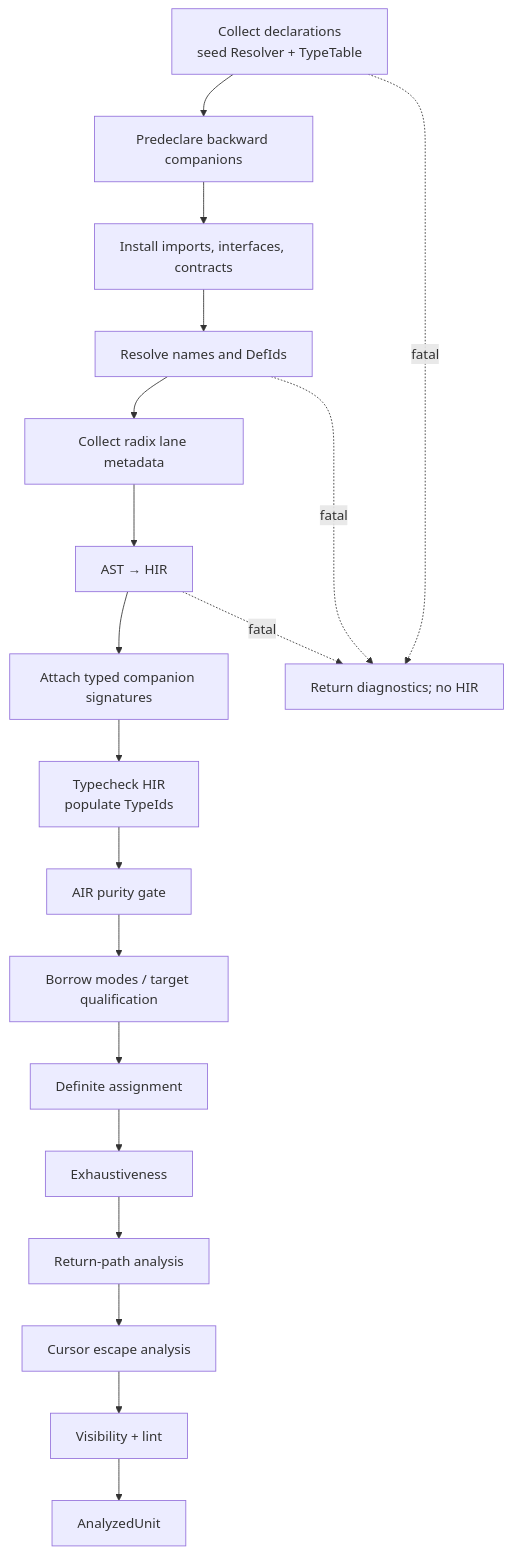
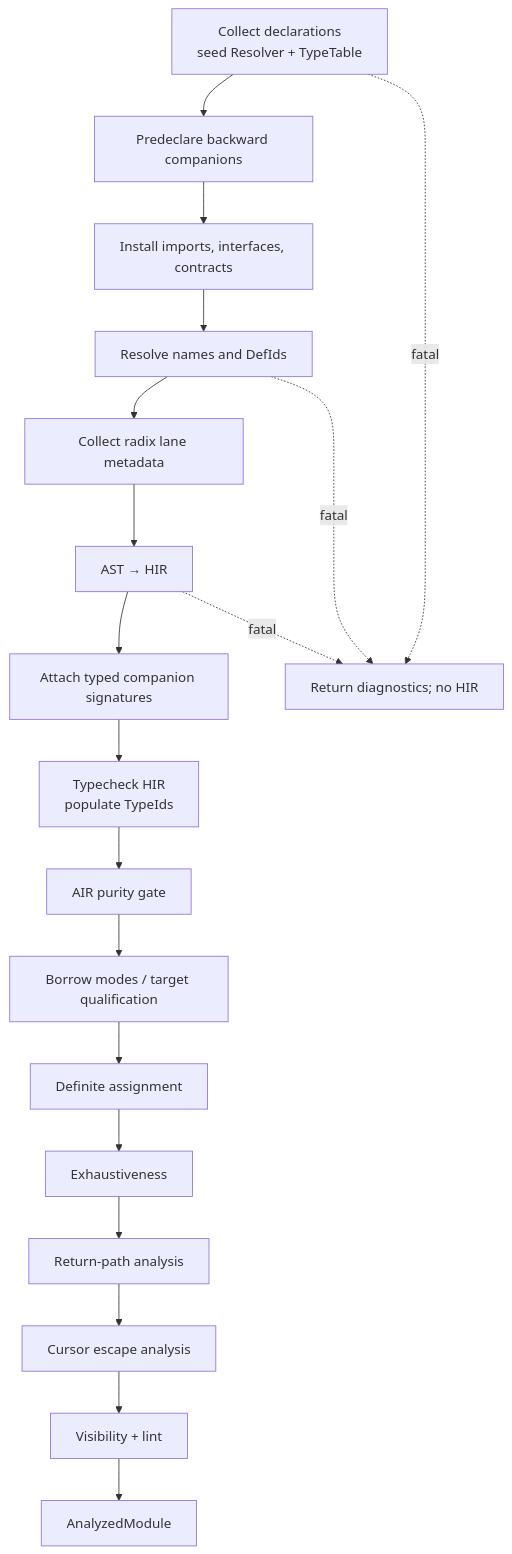
One commit to faberlang/faberlang.dev changed the fifth of 10 diagrams in src/en-US/toolchain/radix.md. Above: the diagram before and after it, drawn with Mermaid. The commit also changed other lines of this file and 49 other files, not shown here.

````diff
--- a/src/en-US/toolchain/radix.md
+++ b/src/en-US/toolchain/radix.md
@@ -368,22 +382,22 @@
 ```mermaid
 flowchart TD
     Collect["Collect declarations\nseed Resolver + TypeTable"] --> Predeclare["Predeclare backward companions"]
     Predeclare --> Imports["Install imports, interfaces, contracts"]
     Imports --> Resolve["Resolve names and DefIds"]
     Resolve --> Lanes["Collect radix lane metadata"]
     Lanes --> LowerHIR["AST → HIR"]
     LowerHIR --> CompanionSig["Attach typed companion signatures"]
     CompanionSig --> Typecheck["Typecheck HIR\npopulate TypeIds"]
     Typecheck --> Purity["AIR purity gate"]
     Purity --> Modes["Borrow modes / target qualification"]
     Modes --> DefAssign["Definite assignment"]
     DefAssign --> Exhaustive["Exhaustiveness"]
     Exhaustive --> Returns["Return-path analysis"]
     Returns --> Cursor["Cursor escape analysis"]
     Cursor --> Lint["Visibility + lint"]
-    Lint --> Snapshot["AnalyzedUnit"]
+    Lint --> Snapshot["AnalyzedModule"]
 
     Collect -. "fatal" .-> Stop["Return diagnostics; no HIR"]
     Resolve -. "fatal" .-> Stop
     LowerHIR -. "fatal" .-> Stop
 ```
````
